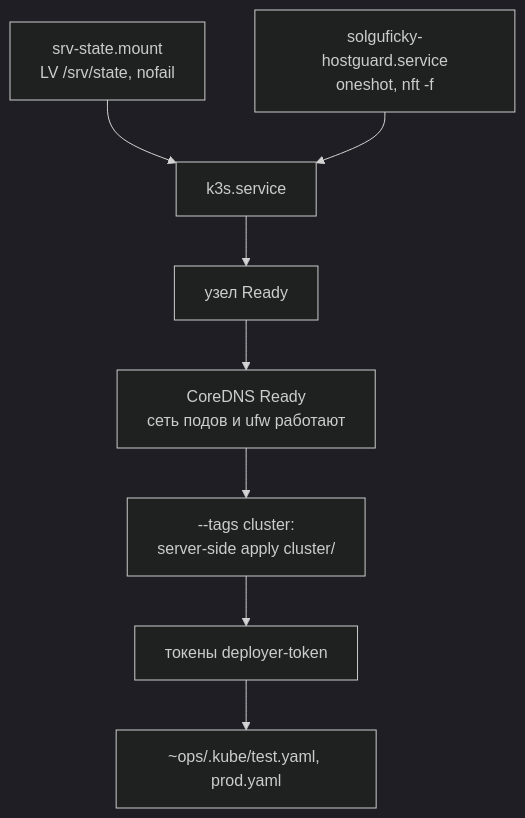
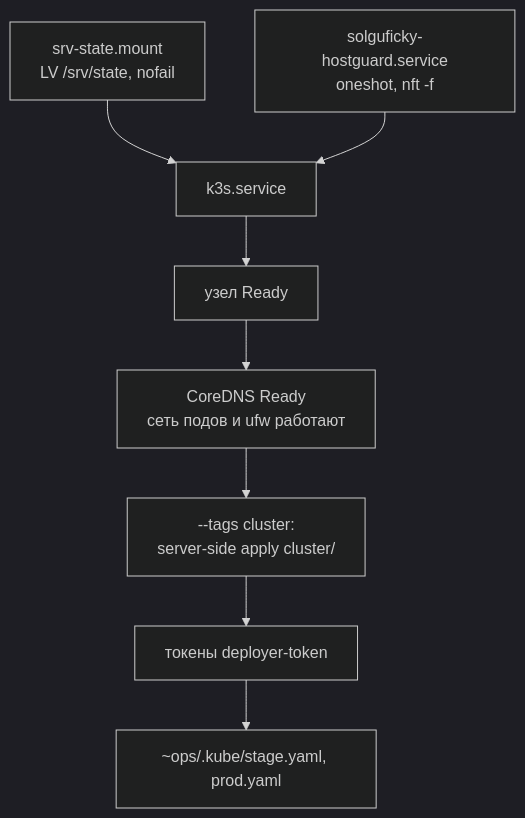
Before and after one commit to Solguficky/solguficky-hub: the second of 2 diagrams in docs/learning/self-hosting/k3s.md, drawn with Mermaid (dark theme). The commit also changed other lines of this file and 16 other files, not shown here.

Commit message:
ci: Rename stage environment paths from test to stage

````diff
--- a/docs/learning/self-hosting/k3s.md
+++ b/docs/learning/self-hosting/k3s.md
@@ -255,10 +255,10 @@
 ```mermaid
 flowchart TD
   mount[srv-state.mount<br/>LV /srv/state, nofail] --> k3s
   guard[solguficky-hostguard.service<br/>oneshot, nft -f] --> k3s[k3s.service]
   k3s --> node[узел Ready]
   node --> dns[CoreDNS Ready<br/>сеть подов и ufw работают]
   dns --> cluster[--tags cluster:<br/>server-side apply cluster/]
   cluster --> tokens[токены deployer-token]
-  tokens --> kube[~ops/.kube/test.yaml, prod.yaml]
+  tokens --> kube[~ops/.kube/stage.yaml, prod.yaml]
 ```
````
